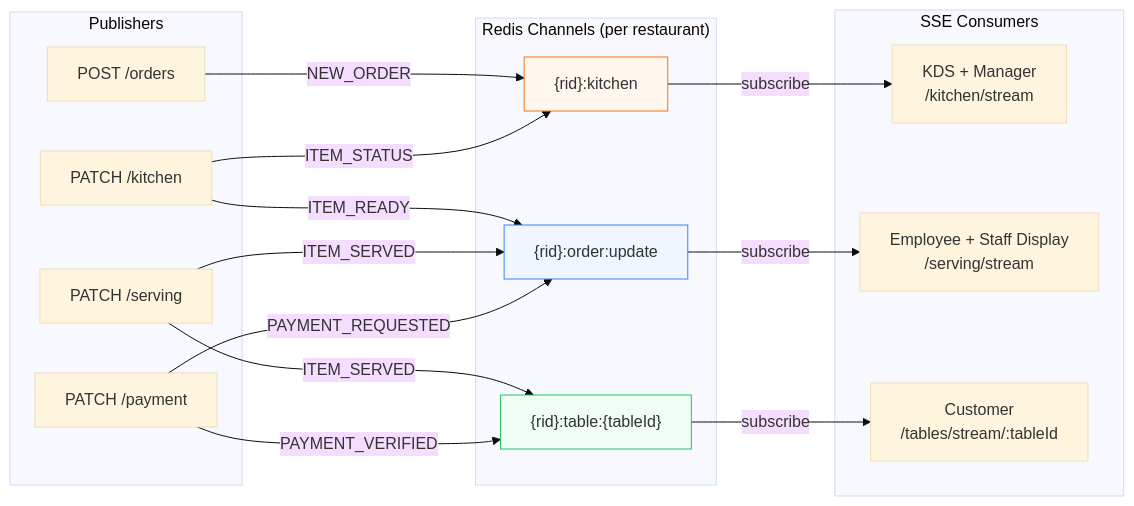
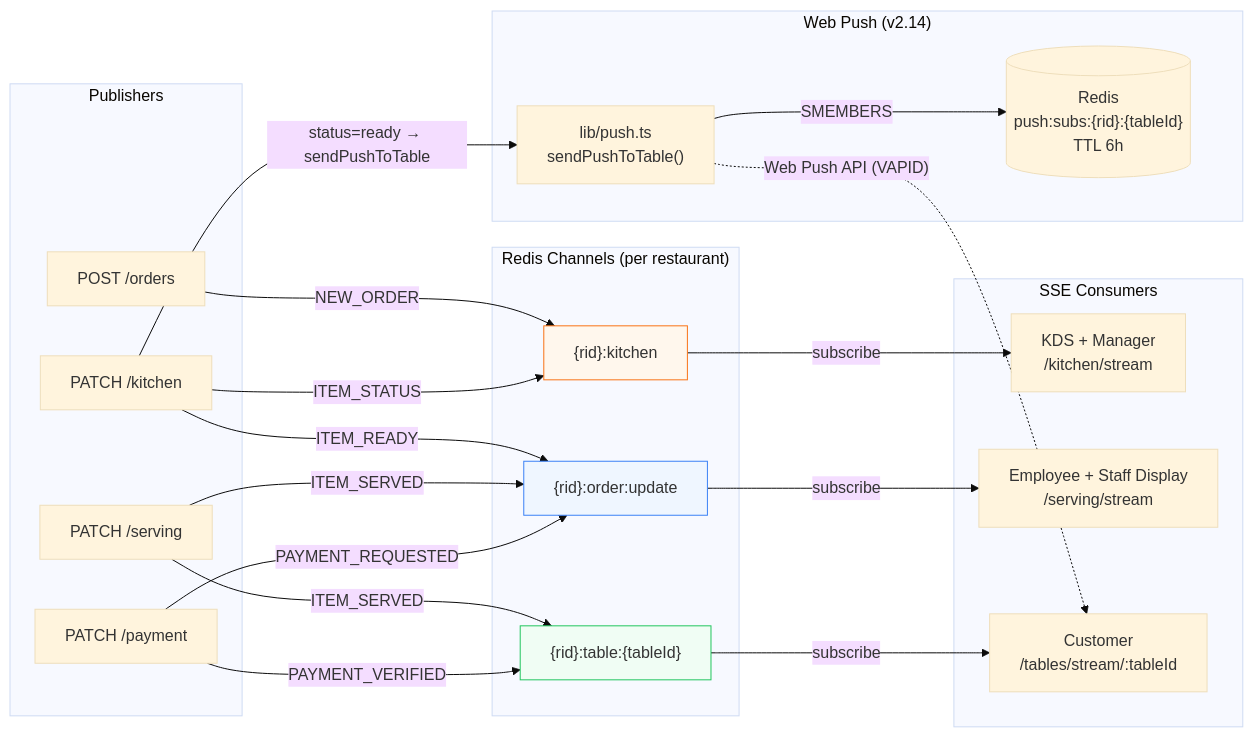
The fifth of 8 diagrams in docs/architecture.md (krittayoach/Restaurant), drawn with Mermaid (base theme) before and after one commit. The commit also changed other lines of this file and 2 other files, not shown here.

Commit message:
docs: sync architecture, technical-patterns, nfr with v2.14 (Web Push)

````diff
--- a/docs/architecture.md
+++ b/docs/architecture.md
@@ -161,37 +166,46 @@
 ```mermaid
 graph LR
     subgraph Channels["Redis Channels (per restaurant)"]
         K["{rid}:kitchen"]
         O["{rid}:order:update"]
         T["{rid}:table:{tableId}"]
     end
 
     subgraph Publishers
         ORDER["POST /orders"]
         KITCHEN["PATCH /kitchen"]
         PAYMENT["PATCH /payment"]
         SERVING["PATCH /serving"]
     end
 
     subgraph Subscribers["SSE Consumers"]
         KDS["KDS + Manager<br/>/kitchen/stream"]
         EMP["Employee + Staff Display<br/>/serving/stream"]
         CUS["Customer<br/>/tables/stream/:tableId"]
     end
 
     ORDER -->|"NEW_ORDER"| K
     KITCHEN -->|"ITEM_STATUS"| K
     KITCHEN -->|"ITEM_READY"| O
     SERVING -->|"ITEM_SERVED"| O
     SERVING -->|"ITEM_SERVED"| T
     PAYMENT -->|"PAYMENT_VERIFIED"| T
     PAYMENT -->|"PAYMENT_REQUESTED"| O
 
     K -->|"subscribe"| KDS
     O -->|"subscribe"| EMP
     T -->|"subscribe"| CUS
 
+    subgraph WebPush["Web Push (v2.14)"]
+        PS[("Redis<br/>push:subs:{rid}:{tableId}<br/>TTL 6h")]
+        WP["lib/push.ts<br/>sendPushToTable()"]
+    end
+
+    KITCHEN -->|"status=ready → sendPushToTable"| WP
+    WP -->|"SMEMBERS"| PS
+    WP -.->|"Web Push API (VAPID)"| CUS
+
     style K fill:#fff7ed,stroke:#f97316
     style O fill:#eff6ff,stroke:#3b82f6
     style T fill:#f0fdf4,stroke:#22c55e
 ```
````
